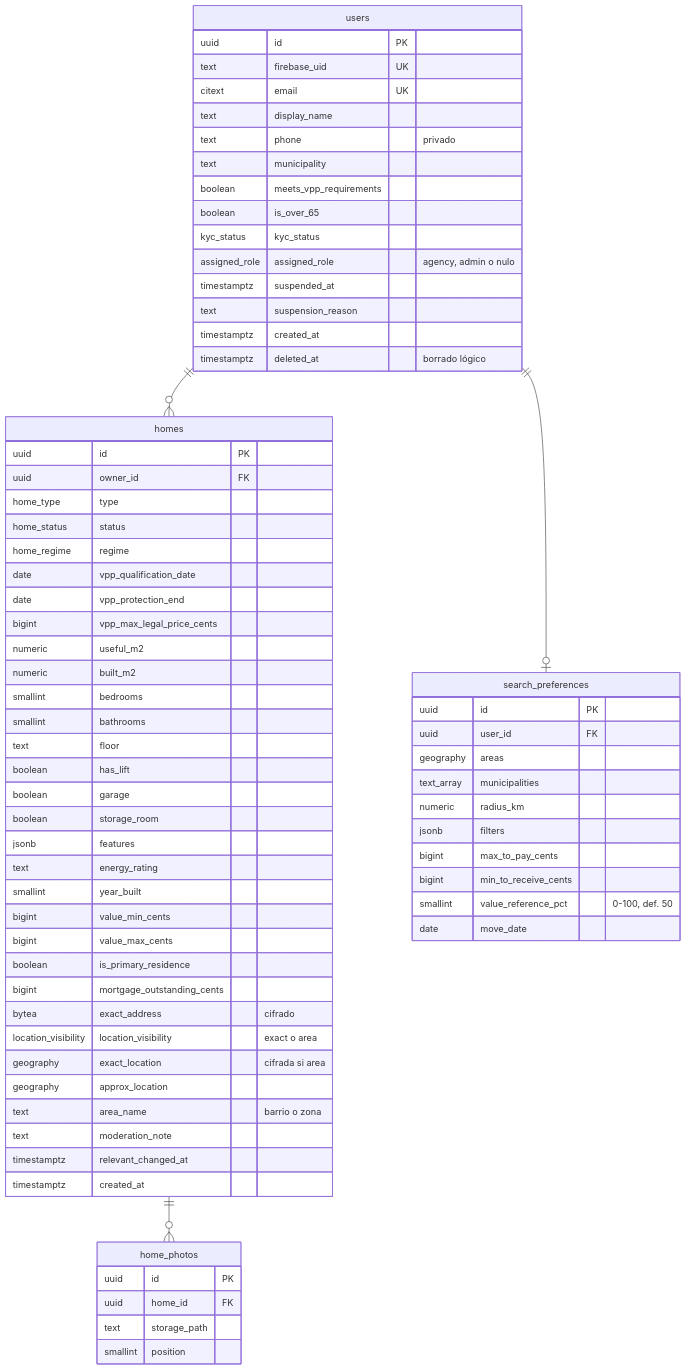
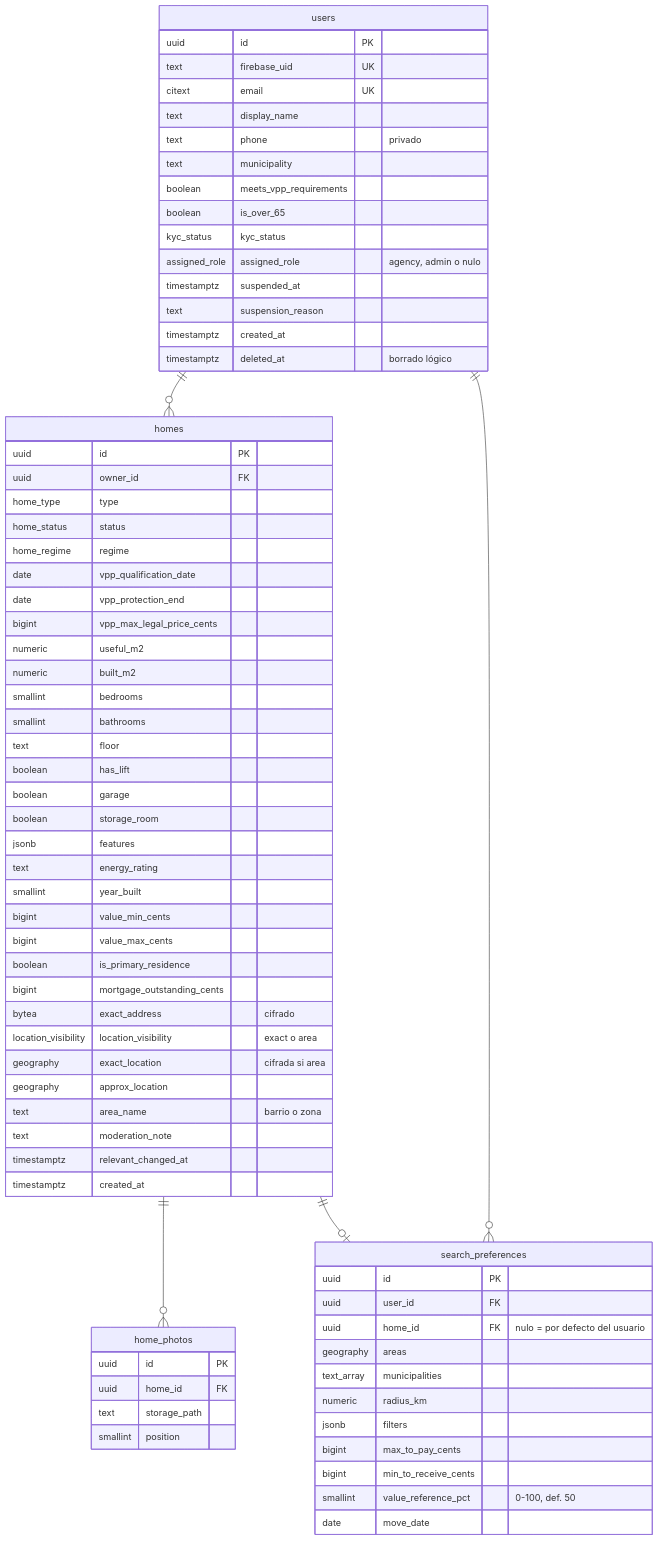
The second of 4 diagrams in docs/datamodel.md (lcasadov/ChangeHouse), drawn with Mermaid before and after one commit. The commit also changed other lines of this file and 6 other files, not shown here.

````diff
--- a/docs/datamodel.md
+++ b/docs/datamodel.md
@@ -43,73 +44,75 @@
 ```mermaid
 erDiagram
     users {
         uuid id PK
         text firebase_uid UK
         citext email UK
         text display_name
         text phone "privado"
         text municipality
         boolean meets_vpp_requirements
         boolean is_over_65
         kyc_status kyc_status
         assigned_role assigned_role "agency, admin o nulo"
         timestamptz suspended_at
         text suspension_reason
         timestamptz created_at
         timestamptz deleted_at "borrado lógico"
     }
     homes {
         uuid id PK
         uuid owner_id FK
         home_type type
         home_status status
         home_regime regime
         date vpp_qualification_date
         date vpp_protection_end
         bigint vpp_max_legal_price_cents
         numeric useful_m2
         numeric built_m2
         smallint bedrooms
         smallint bathrooms
         text floor
         boolean has_lift
         boolean garage
         boolean storage_room
         jsonb features
         text energy_rating
         smallint year_built
         bigint value_min_cents
         bigint value_max_cents
         boolean is_primary_residence
         bigint mortgage_outstanding_cents
         bytea exact_address "cifrado"
         location_visibility location_visibility "exact o area"
         geography exact_location "cifrada si area"
         geography approx_location
         text area_name "barrio o zona"
         text moderation_note
         timestamptz relevant_changed_at
         timestamptz created_at
     }
     home_photos {
         uuid id PK
         uuid home_id FK
         text storage_path
         smallint position
     }
     search_preferences {
         uuid id PK
         uuid user_id FK
+        uuid home_id FK "nulo = por defecto del usuario"
         geography areas
         text_array municipalities
         numeric radius_km
         jsonb filters
         bigint max_to_pay_cents
         bigint min_to_receive_cents
         smallint value_reference_pct "0-100, def. 50"
         date move_date
     }
     users ||--o{ homes : ""
     homes ||--o{ home_photos : ""
-    users ||--o| search_preferences : ""
+    users ||--o{ search_preferences : ""
+    homes ||--o| search_preferences : ""
 ```
````
